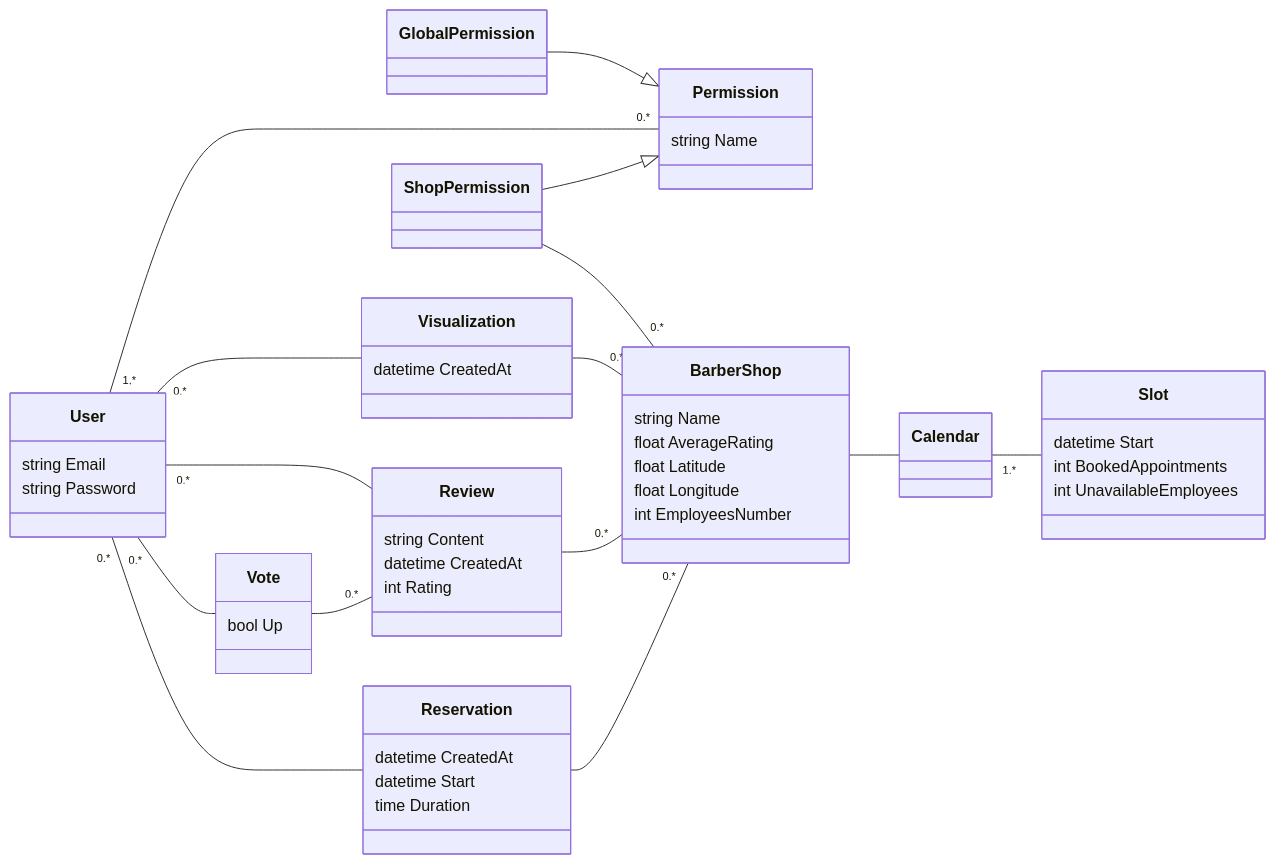
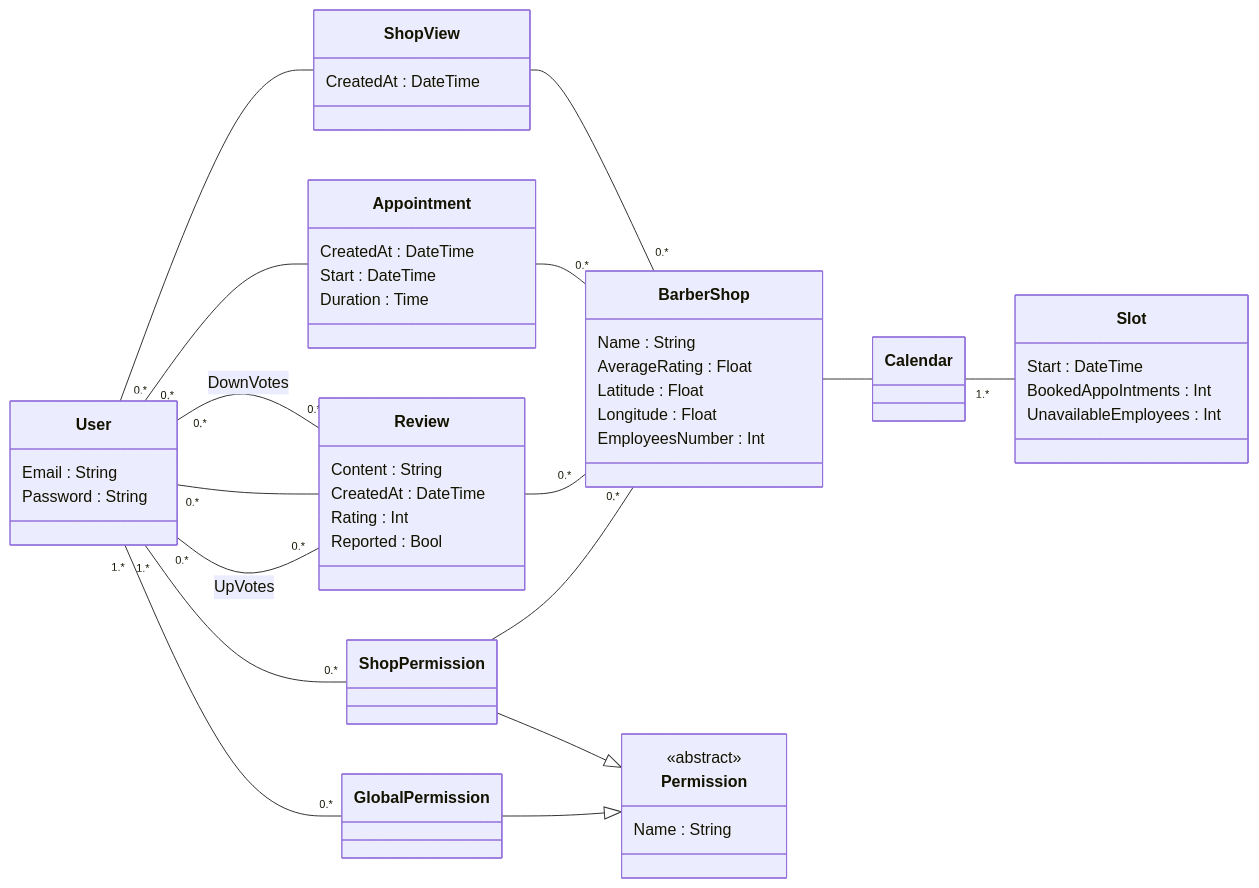
One commit to just-hms/large-scale-multistructure-db changed the diagram in docs/UML/README.md. Above: the diagram before and after it, drawn with Mermaid. The commit also changed other lines of this file and 4 other files, not shown here.

Commit message:
added use-case and new UML

````diff
--- a/docs/UML/README.md
+++ b/docs/UML/README.md
@@ -3,46 +3,61 @@
-``` mermaid
+```mermaid
 classDiagram
 direction LR
 
+	User "1,*"--"0,*" GlobalPermission
+	ShopView --"0,*" BarberShop
 	ShopPermission --|> Permission
-	User "0,*"-- Visualization
-	Reservation --"0,*" BarberShop
+	User "1,*"--"0,*" ShopPermission
+	Calendar "1,*"-- Slot
+	User "0,*"-- ShopView
+	Appointment --"0,*" BarberShop
 	Review --"0,*" BarberShop
-	User "0,*"-- Vote
-	User "0,*"-- Reservation
-	User "1,*"--"0,*" Permission
+	ShopPermission --"0,*" BarberShop
+	User "0,*"-- Appointment
+	BarberShop -- Calendar
 	GlobalPermission --|> Permission
-	Visualization --"0,*" BarberShop
-	ShopPermission --"0,*" BarberShop
-	BarberShop -- Calendar
-	Calendar "1,*"-- Slot
-	Vote --"0,*" Review
+	User "0,*"--"0,*" Review : DownVotes
 	User "0,*"-- Review
+	User "0,*"--"0,*" Review : UpVotes
 
-	Permission : string Name
+	class Permission {
+		<<abstract>>
+		Name : String
+	}
 
-	User : string Email
-	User : string Password
+	class User {
+		Email : String
+		Password : String
+	}
 
-	BarberShop : string Name
-	BarberShop : float AverageRating 
-	BarberShop : float Latitude
-	BarberShop : float Longitude
-	BarberShop : int EmployeesNumber
+	class BarberShop {
+		Name : String
+		AverageRating : Float
+		Latitude : Float
+		Longitude : Float
+		EmployeesNumber : Int
+	}
 
-	Reservation : datetime CreatedAt
-	Reservation : datetime Start
-	Reservation : time Duration
+	class Appointment {
+		CreatedAt : DateTime
+		Start : DateTime
+		Duration : Time
+	}
 
-	Visualization : datetime CreatedAt
+	class ShopView {
+		CreatedAt : DateTime
+	}
+	
+	class Slot{
+		Start : DateTime
+		BookedAppoIntments : Int 
+		UnavailableEmployees : Int 
+	}
 
-	Slot : datetime Start
-	Slot : int BookedAppointments
-	Slot : int UnavailableEmployees
-
-	Review : string Content
-	Review : datetime CreatedAt
-	Review : int Rating
-
-	Vote : bool Up
+	class Review {
+ 		Content : String
+		CreatedAt : DateTime
+		Rating : Int
+		Reported : Bool
+	}
 ```
````
